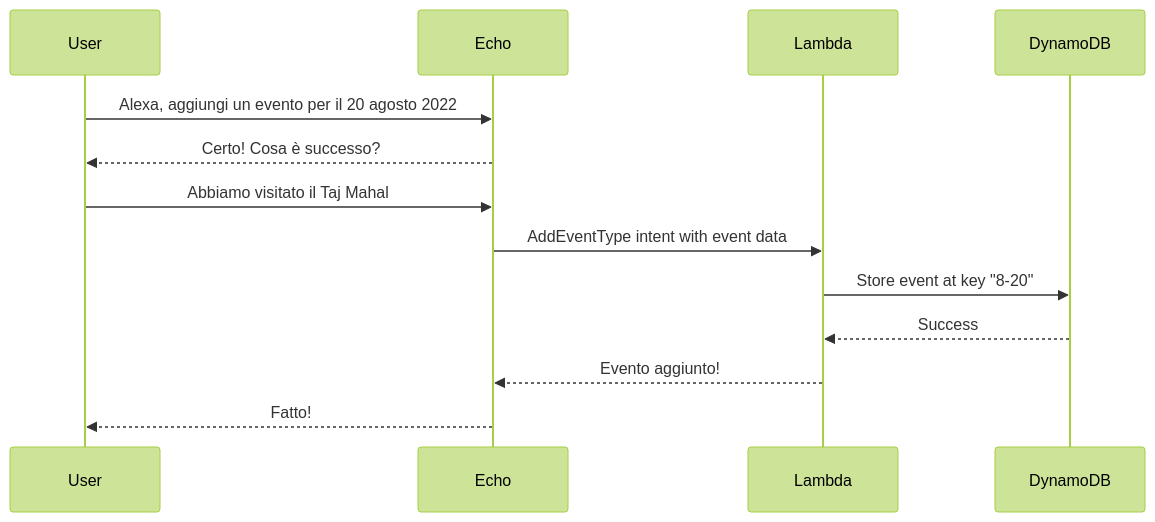
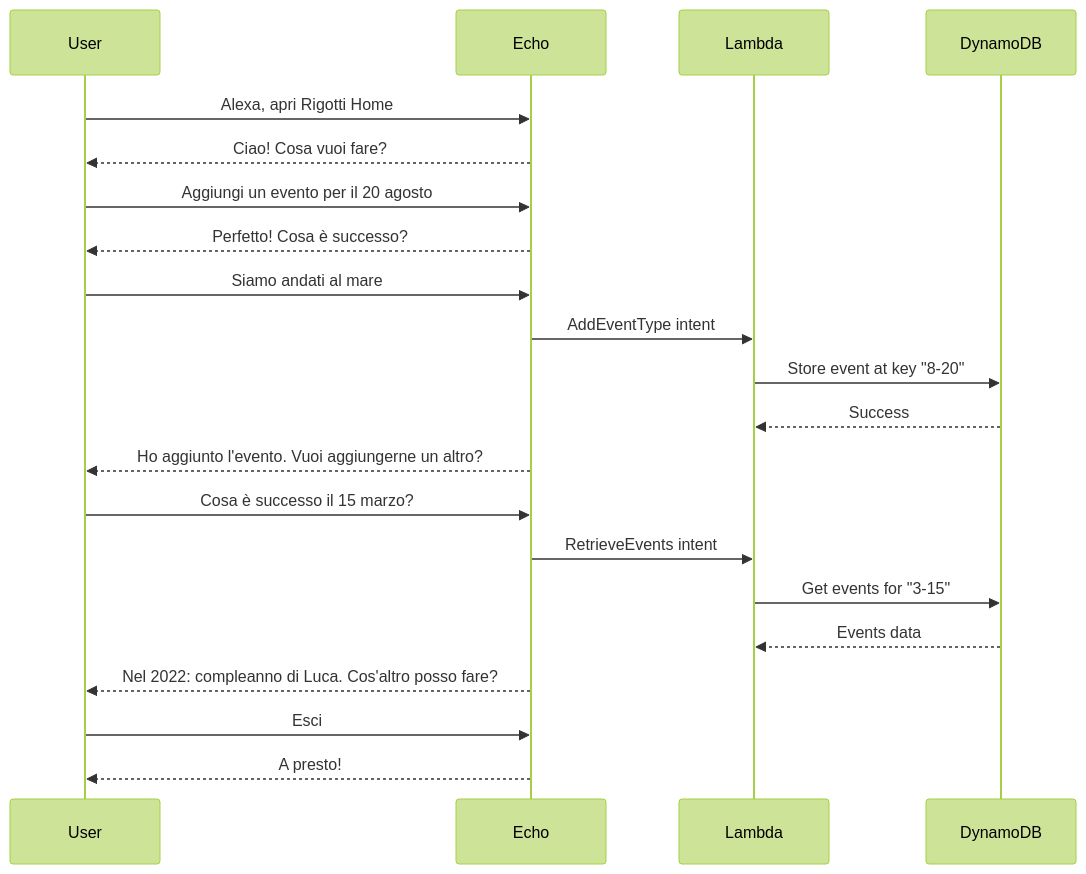
One commit to MelaHub/kamaji changed the diagram in README.md. Above: the diagram before and after it, drawn with Mermaid (forest theme). The commit also changed other lines of this file and 3 other files, not shown here.

````diff
--- a/README.md
+++ b/README.md
@@ -15,11 +15,19 @@
 ```mermaid
 sequenceDiagram
-    User->>Echo: Alexa, aggiungi un evento per il 20 agosto 2022
-    Echo-->>User: Certo! Cosa è successo?
-    User->>Echo: Abbiamo visitato il Taj Mahal
-    Echo->>Lambda: AddEventType intent with event data
+    User->>Echo: Alexa, apri Rigotti Home
+    Echo-->>User: Ciao! Cosa vuoi fare?
+    User->>Echo: Aggiungi un evento per il 20 agosto
+    Echo-->>User: Perfetto! Cosa è successo?
+    User->>Echo: Siamo andati al mare
+    Echo->>Lambda: AddEventType intent
     Lambda->>DynamoDB: Store event at key "8-20"
     DynamoDB-->>Lambda: Success
-    Lambda-->>Echo: Evento aggiunto!
-    Echo-->>User: Fatto!
+    Echo-->>User: Ho aggiunto l'evento. Vuoi aggiungerne un altro?
+    User->>Echo: Cosa è successo il 15 marzo?
+    Echo->>Lambda: RetrieveEvents intent
+    Lambda->>DynamoDB: Get events for "3-15"
+    DynamoDB-->>Lambda: Events data
+    Echo-->>User: Nel 2022: compleanno di Luca. Cos'altro posso fare?
+    User->>Echo: Esci
+    Echo-->>User: A presto!
 ```
````
